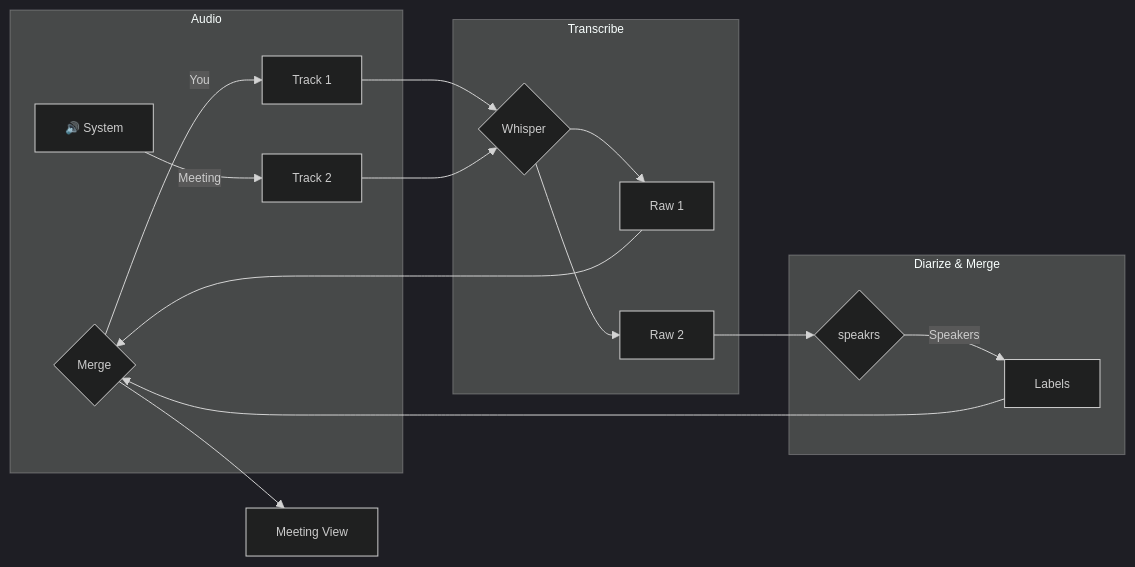
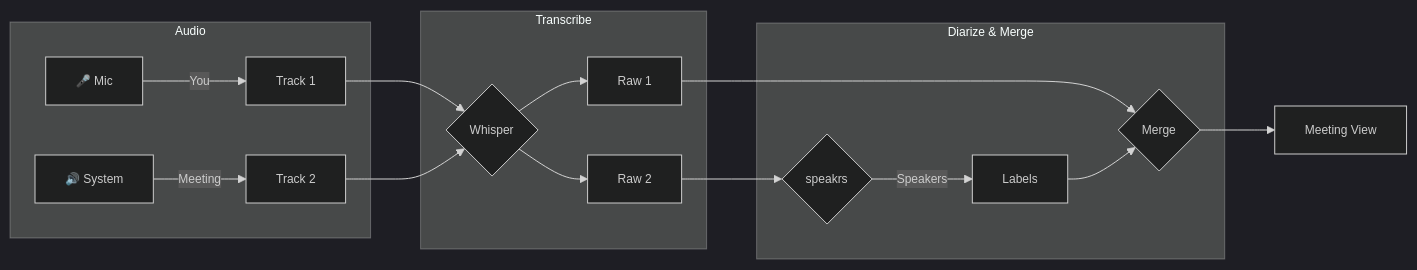
Before and after one commit to namefailed/phoneme: the diagram in docs/user-guide/meeting_mode.md, drawn with Mermaid. The commit also changed other lines of this file and 18 other files, not shown here.

````diff
--- a/docs/user-guide/meeting_mode.md
+++ b/docs/user-guide/meeting_mode.md
@@ -37,24 +37,24 @@
 ```mermaid
 %%{init: {'flowchart': {'curve': 'basis', 'useMaxWidth': false}, 'theme': 'dark', 'themeVariables': { 'fontSize': '12px' }}}%%
 flowchart LR
     subgraph A [Audio]
         M[🎤 Mic] -->|You| T1[Track 1]
         S[🔊 System] -->|Meeting| T2[Track 2]
     end
     
     subgraph X [Transcribe]
         T1 --> W{Whisper}
         T2 --> W
         W --> R1[Raw 1]
         W --> R2[Raw 2]
     end
     
     subgraph D [Diarize & Merge]
         R2 --> P{speakrs}
         P -->|Speakers| L[Labels]
-        R1 --> M{Merge}
-        L --> M
+        R1 --> MG{Merge}
+        L --> MG
     end
     
-    M --> V[Meeting View]
+    MG --> V[Meeting View]
 ```
````
